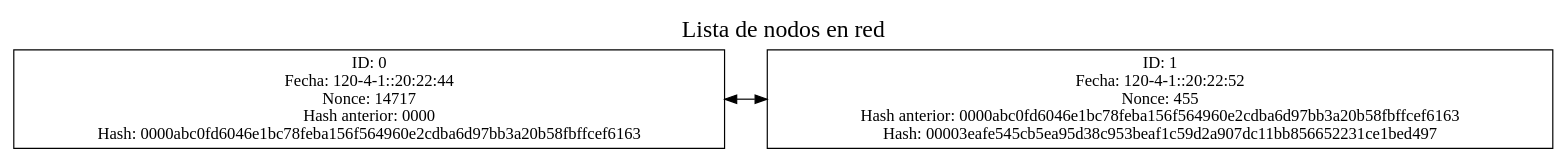
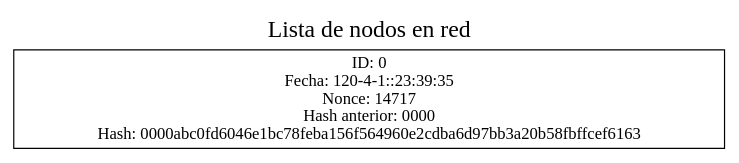
Before and after one commit to elJuanjoRamos/EDD_1S2020_PY2_201801262: the diagram in Server/DoubleList.dot, drawn with Graphviz. The commit also changed 40 other files, not shown here.

```diff
--- a/Server/DoubleList.dot
+++ b/Server/DoubleList.dot
@@ -1,7 +1,6 @@
 digraph grafica{
 graph[label="Lista de nodos en red", labelloc=t, fontsize=20, compound=true];
 rankdir = LR;
 node [shape=record];
-splines=false; NodeLogChange0 [label ="ID: 0\nFecha: 120-4-1::20:22:44\nNonce: 14717\nHash anterior: 0000\nHash: 0000abc0fd6046e1bc78feba156f564960e2cdba6d97bb3a20b58fbffcef6163 "]
-NodeLogChange1 [label ="ID: 1\nFecha: 120-4-1::20:22:52\nNonce: 455\nHash anterior: 0000abc0fd6046e1bc78feba156f564960e2cdba6d97bb3a20b58fbffcef6163\nHash: 00003eafe545cb5ea95d38c953beaf1c59d2a907dc11bb856652231ce1bed497 "]
-NodeLogChange0->NodeLogChange1[dir=both]}
+splines=false; NodeLogChange0 [label ="ID: 0\nFecha: 120-4-1::23:39:35\nNonce: 14717\nHash anterior: 0000\nHash: 0000abc0fd6046e1bc78feba156f564960e2cdba6d97bb3a20b58fbffcef6163 "]
+}
```
